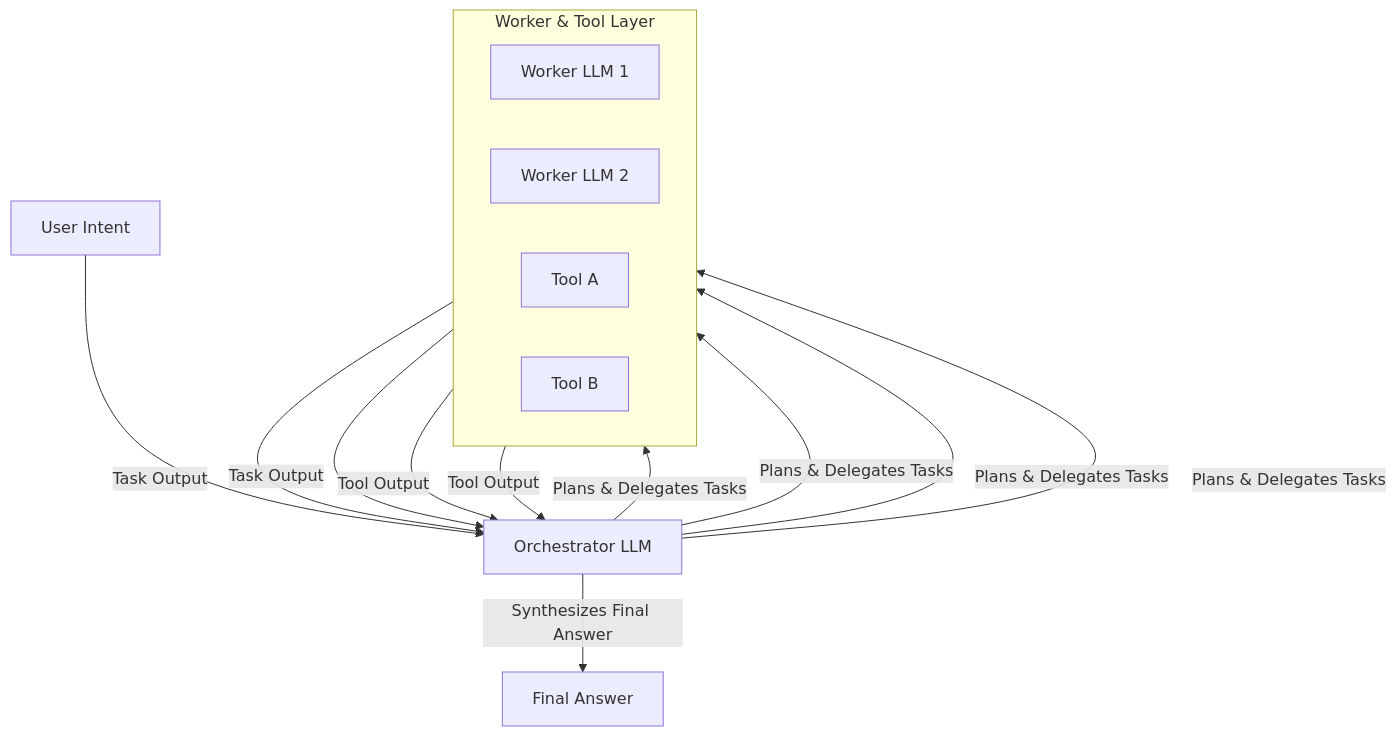
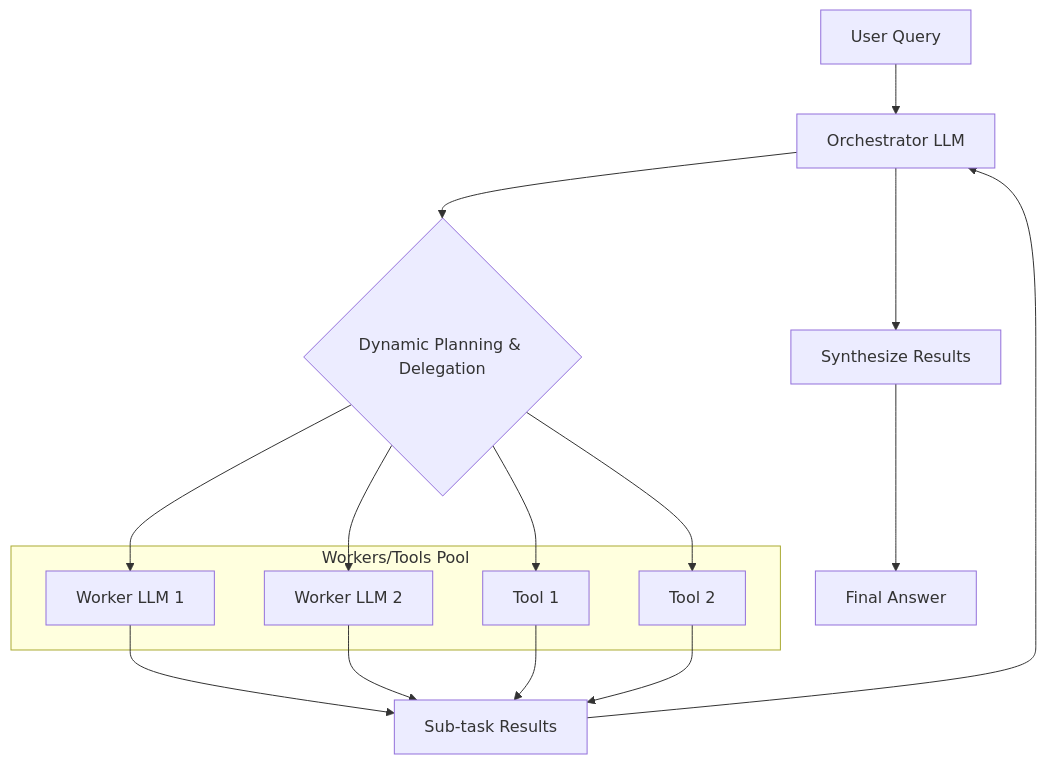
One commit to iusztinpaul/agentic-ai-engineering-course-data changed the fourth of 9 diagrams in data/inputs/tests/02_sample_medium/article.md. Above: the diagram before and after it, drawn with Mermaid. The commit also changed other lines of this file and 3 other files, not shown here.

````diff
--- a/data/inputs/tests/02_sample_medium/article.md
+++ b/data/inputs/tests/02_sample_medium/article.md
@@ -102,24 +108,26 @@
 ```mermaid
 graph TD
-    A["User Intent"] --> B["Orchestrator LLM"]
+    A["User Query"] --> B["Orchestrator LLM"]
+    B --> C{"Dynamic Planning & Delegation"}
 
-    subgraph "Worker & Tool Layer"
-        direction LR
-        C["Worker LLM 1"]
-        D["Worker LLM 2"]
-        E["Tool A"]
-        F["Tool B"]
+    subgraph "Workers/Tools Pool"
+        D["Worker LLM 1"]
+        E["Worker LLM 2"]
+        F["Tool 1"]
+        G["Tool 2"]
     end
 
-    B -->|"Plans & Delegates Tasks"| C
-    B -->|"Plans & Delegates Tasks"| D
-    B -->|"Plans & Delegates Tasks"| E
-    B -->|"Plans & Delegates Tasks"| F
+    C --> D
+    C --> E
+    C --> F
+    C --> G
 
-    C -->|"Task Output"| B
-    D -->|"Task Output"| B
-    E -->|"Tool Output"| B
-    F -->|"Tool Output"| B
+    D --> H["Sub-task Results"]
+    E --> H
+    F --> H
+    G --> H
 
-    B -->|"Synthesizes Final Answer"| G["Final Answer"]
+    H --> B
+    B --> I["Synthesize Results"]
+    I --> J["Final Answer"]
 ```
````
